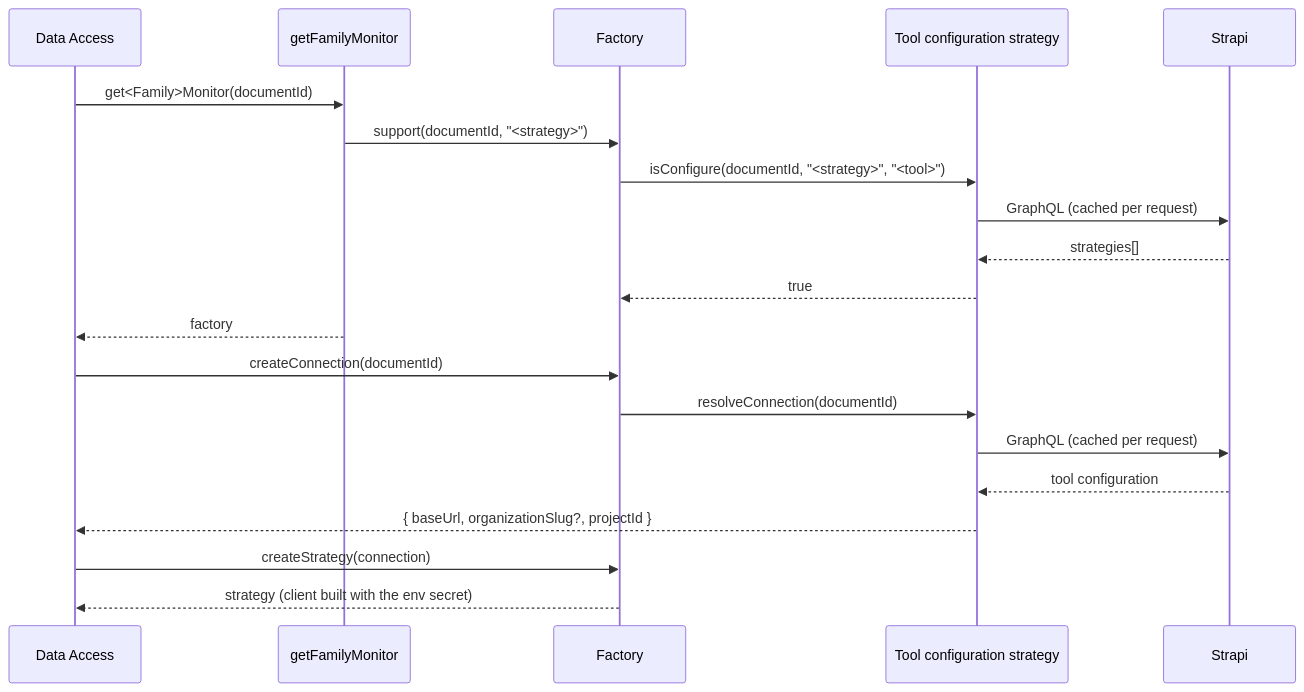
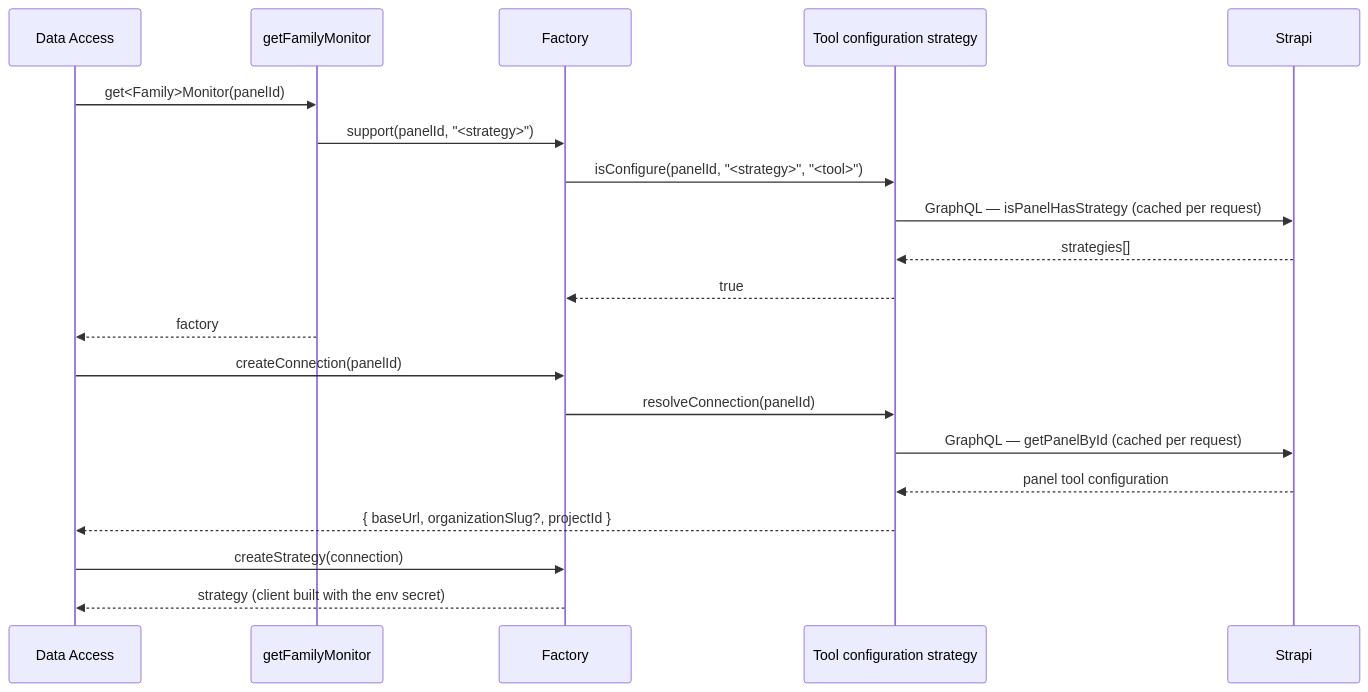
The third of 11 diagrams in apps/docs-site/docs/data-flow.md (webteamuxco/dashboard-monitor), drawn with Mermaid before and after one commit. The commit also changed other lines of this file and 27 other files, not shown here.

````diff
--- a/apps/docs-site/docs/data-flow.md
+++ b/apps/docs-site/docs/data-flow.md
@@ -49,25 +64,25 @@
 ```mermaid
 sequenceDiagram
     participant DA as Data Access
     participant Get as getFamilyMonitor
     participant Factory
     participant Cfg as Tool configuration strategy
     participant Strapi
 
-    DA->>Get: get<Family>Monitor(documentId)
-    Get->>Factory: support(documentId, "<strategy>")
-    Factory->>Cfg: isConfigure(documentId, "<strategy>", "<tool>")
-    Cfg->>Strapi: GraphQL (cached per request)
+    DA->>Get: get<Family>Monitor(panelId)
+    Get->>Factory: support(panelId, "<strategy>")
+    Factory->>Cfg: isConfigure(panelId, "<strategy>", "<tool>")
+    Cfg->>Strapi: GraphQL — isPanelHasStrategy (cached per request)
     Strapi-->>Cfg: strategies[]
     Cfg-->>Factory: true
     Get-->>DA: factory
 
-    DA->>Factory: createConnection(documentId)
-    Factory->>Cfg: resolveConnection(documentId)
-    Cfg->>Strapi: GraphQL (cached per request)
-    Strapi-->>Cfg: tool configuration
+    DA->>Factory: createConnection(panelId)
+    Factory->>Cfg: resolveConnection(panelId)
+    Cfg->>Strapi: GraphQL — getPanelById (cached per request)
+    Strapi-->>Cfg: panel tool configuration
     Cfg-->>DA: { baseUrl, organizationSlug?, projectId }
 
     DA->>Factory: createStrategy(connection)
     Factory-->>DA: strategy (client built with the env secret)
 ```
````
